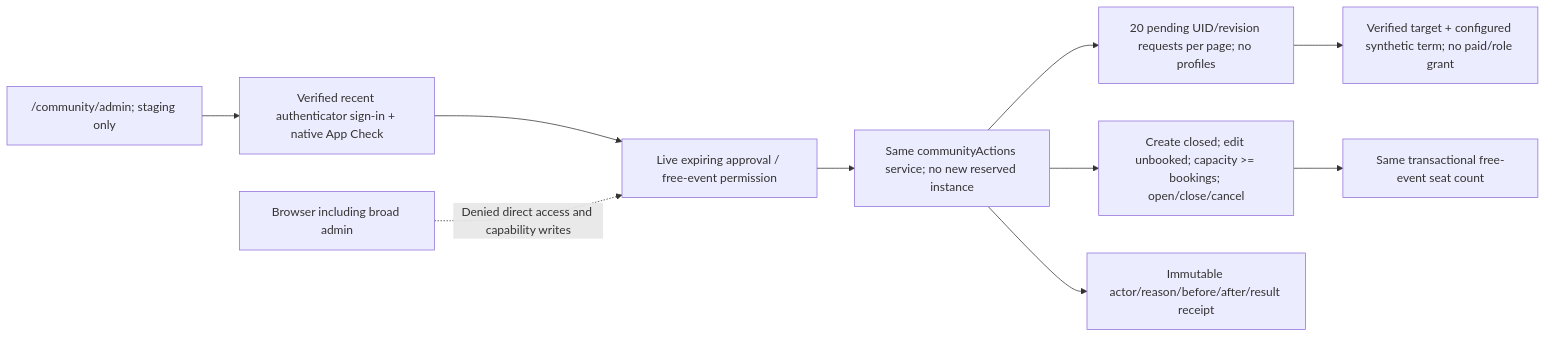
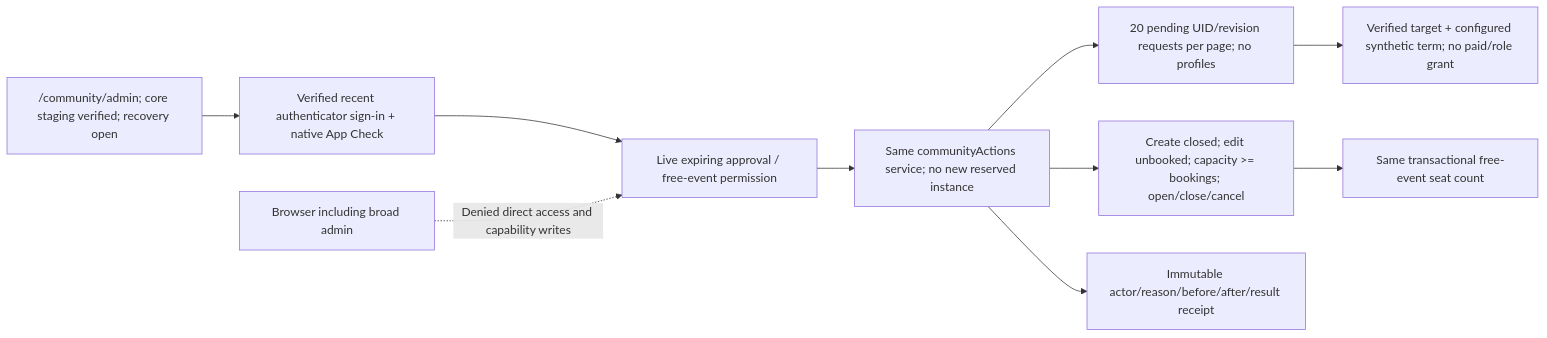
Before and after one commit to Run-MPRC/Run-MPRC.github.io: the first of 14 diagrams in docs/officers/SYSTEM_MAPS.md, drawn with Mermaid. The commit also changed other lines of this file and 8 other files, not shown here.

Commit message:
docs: record verified staging officer checks and open recovery gate

````diff
--- a/docs/officers/SYSTEM_MAPS.md
+++ b/docs/officers/SYSTEM_MAPS.md
@@ -9,12 +9,12 @@
 ```mermaid
 flowchart LR
-    Officer["/community/admin; staging only"] --> MFA["Verified recent authenticator sign-in + native App Check"]
+    Officer["/community/admin; core staging verified; recovery open"] --> MFA["Verified recent authenticator sign-in + native App Check"]
     MFA --> Cap["Live expiring approval / free-event permission"]
     Cap --> One["Same communityActions service; no new reserved instance"]
     One --> Review["20 pending UID/revision requests per page; no profiles"]
     Review --> Approval["Verified target + configured synthetic term; no paid/role grant"]
     One --> Manage["Create closed; edit unbooked; capacity >= bookings; open/close/cancel"]
     Manage --> Seats["Same transactional free-event seat count"]
     One --> Audit["Immutable actor/reason/before/after/result receipt"]
     Browser["Browser including broad admin"] -. "Denied direct access and capability writes" .-> Cap
 ```
````
